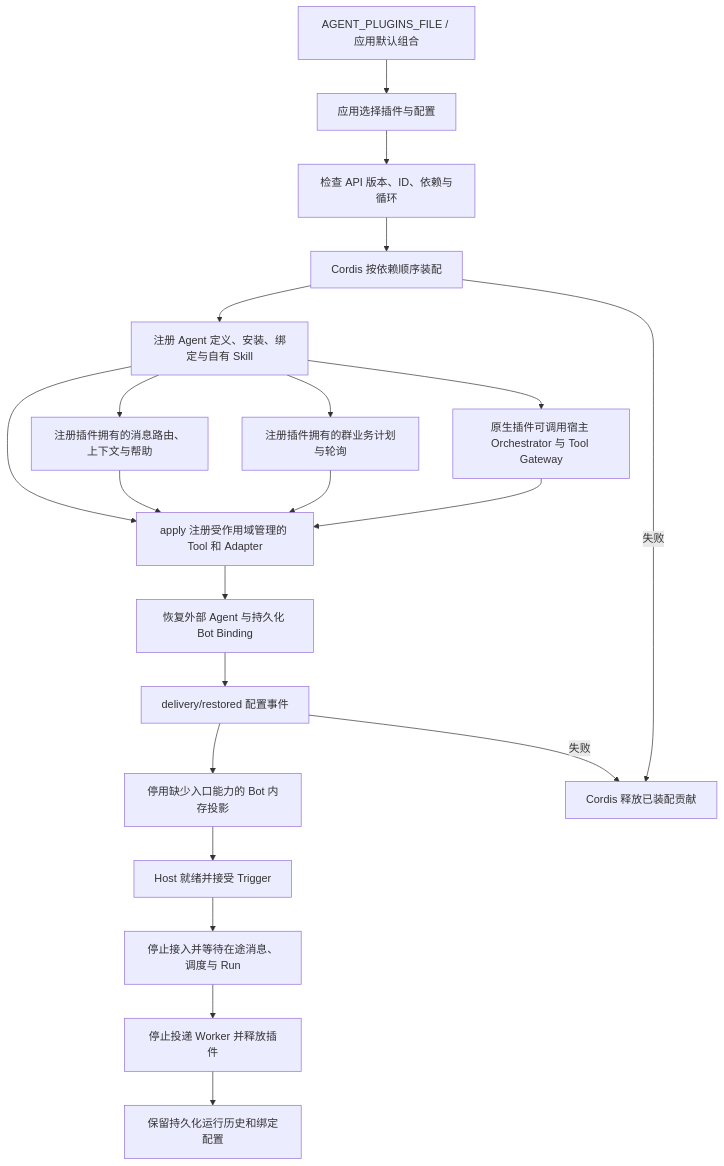
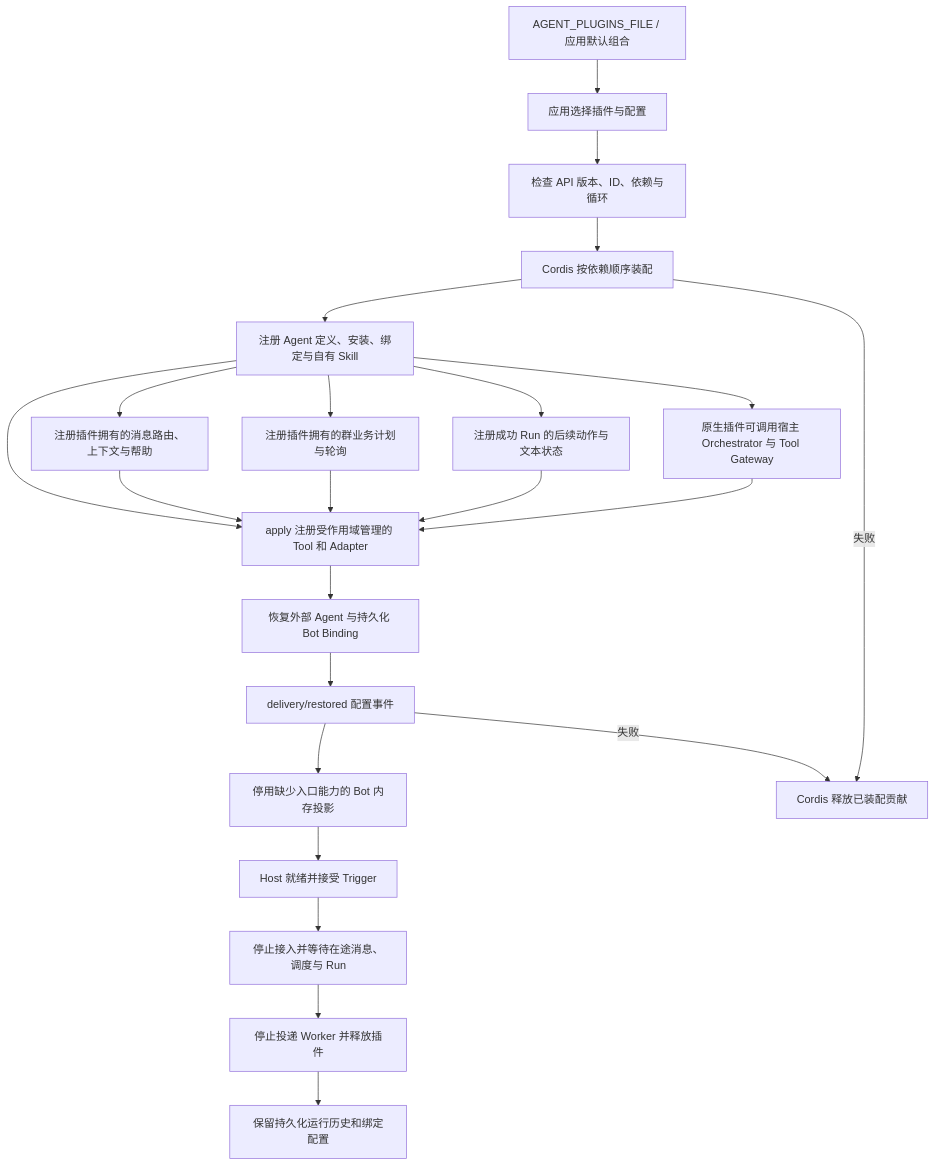
The diagram in backend/src/platform/plugins/FEATURE.md (KlayPeter/AI-Delivery-Ops-Agent), drawn with Mermaid before and after one commit. The commit also changed other lines of this file and 34 other files, not shown here.

````diff
--- a/backend/src/platform/plugins/FEATURE.md
+++ b/backend/src/platform/plugins/FEATURE.md
@@ -21,23 +21,25 @@
 ```mermaid
 flowchart TD
     Y[AGENT_PLUGINS_FILE / 应用默认组合] --> A[应用选择插件与配置]
     A --> B[检查 API 版本、ID、依赖与循环]
     B --> C[Cordis 按依赖顺序装配]
     C --> D[注册 Agent 定义、安装、绑定与自有 Skill]
     D --> E[apply 注册受作用域管理的 Tool 和 Adapter]
     D --> MR[注册插件拥有的消息路由、上下文与帮助]
     MR --> E
     D --> SJ[注册插件拥有的群业务计划与轮询]
     SJ --> E
+    D --> RA[注册成功 Run 的后续动作与文本状态]
+    RA --> E
     D --> NS[原生插件可调用宿主 Orchestrator 与 Tool Gateway]
     NS --> E
     E --> F[恢复外部 Agent 与持久化 Bot Binding]
     F --> G[delivery/restored 配置事件]
     G --> H[停用缺少入口能力的 Bot 内存投影]
     H --> I[Host 就绪并接受 Trigger]
     C -- 失败 --> X[Cordis 释放已装配贡献]
     G -- 失败 --> X
     I --> J[停止接入并等待在途消息、调度与 Run]
     J --> K[停止投递 Worker 并释放插件]
     K --> L[保留持久化运行历史和绑定配置]
 ```
````
